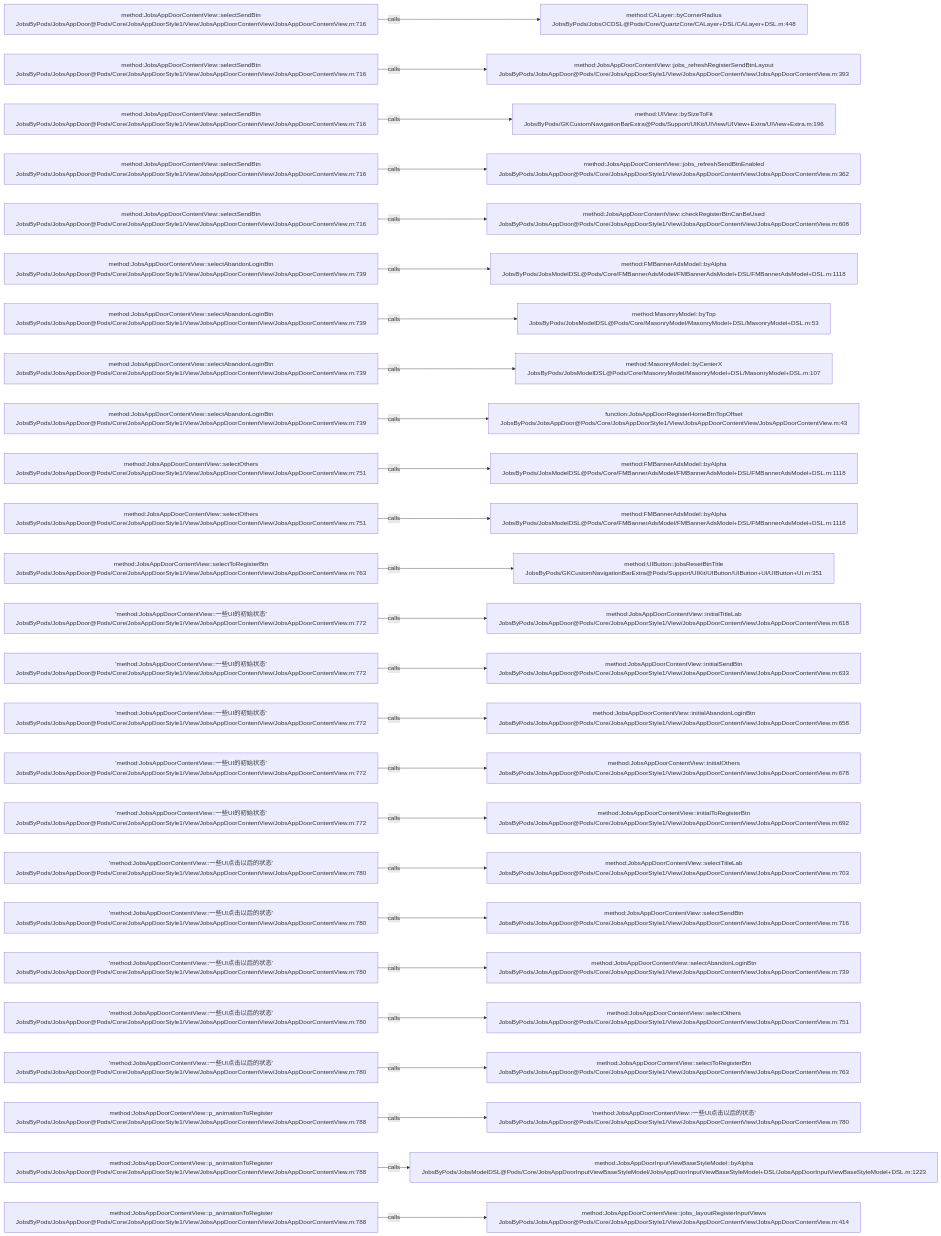
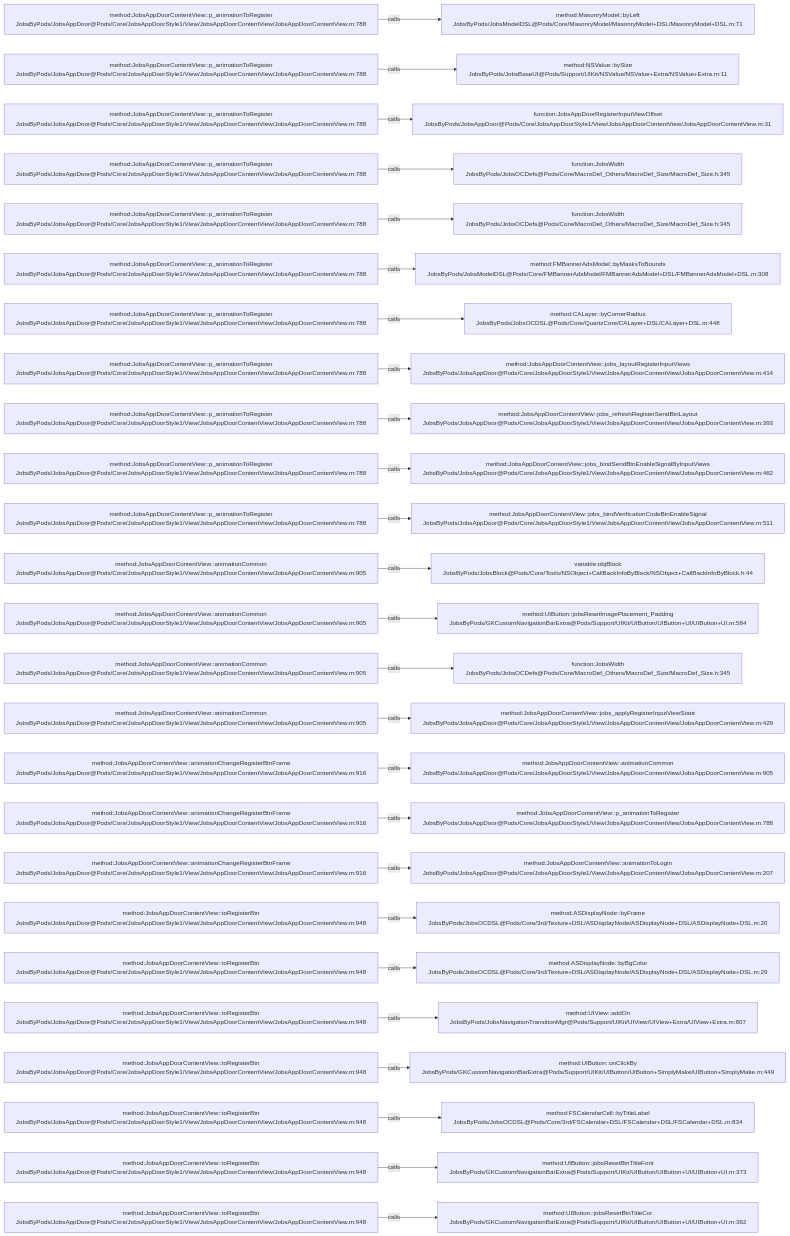
The diagram in .codegraph/codegraph.md/graphs/calls-097.md (JobsKits/JobsOCBaseConfigDemo), drawn with Mermaid before and after one commit. The commit also changed 223 other files, not shown here.

````diff
--- a/.codegraph/codegraph.md/graphs/calls-097.md
+++ b/.codegraph/codegraph.md/graphs/calls-097.md
@@ -13,78 +13,78 @@
 ```mermaid
 flowchart LR
-  S1["method:JobsAppDoorContentView::selectSendBtn<br/>JobsByPods/JobsAppDoor@Pods/Core/JobsAppDoorStyle1/View/JobsAppDoorContentView/JobsAppDoorContentView.m:716"]
-  T1["method:CALayer::byCornerRadius<br/>JobsByPods/JobsOCDSL@Pods/Core/QuartzCore/CALayer+DSL/CALayer+DSL.m:448"]
+  S1["method:JobsAppDoorContentView::p_animationToRegister<br/>JobsByPods/JobsAppDoor@Pods/Core/JobsAppDoorStyle1/View/JobsAppDoorContentView/JobsAppDoorContentView.m:788"]
+  T1["method:MasonryModel::byLeft<br/>JobsByPods/JobsModelDSL@Pods/Core/MasonryModel/MasonryModel+DSL/MasonryModel+DSL.m:71"]
   S1 -->|calls| T1
-  S2["method:JobsAppDoorContentView::selectSendBtn<br/>JobsByPods/JobsAppDoor@Pods/Core/JobsAppDoorStyle1/View/JobsAppDoorContentView/JobsAppDoorContentView.m:716"]
-  T2["method:JobsAppDoorContentView::jobs_refreshRegisterSendBtnLayout<br/>JobsByPods/JobsAppDoor@Pods/Core/JobsAppDoorStyle1/View/JobsAppDoorContentView/JobsAppDoorContentView.m:393"]
+  S2["method:JobsAppDoorContentView::p_animationToRegister<br/>JobsByPods/JobsAppDoor@Pods/Core/JobsAppDoorStyle1/View/JobsAppDoorContentView/JobsAppDoorContentView.m:788"]
+  T2["method:NSValue::bySize<br/>JobsByPods/JobsBaseUI@Pods/Support/UIKit/NSValue/NSValue+Extra/NSValue+Extra.m:11"]
   S2 -->|calls| T2
-  S3["method:JobsAppDoorContentView::selectSendBtn<br/>JobsByPods/JobsAppDoor@Pods/Core/JobsAppDoorStyle1/View/JobsAppDoorContentView/JobsAppDoorContentView.m:716"]
-  T3["method:UIView::bySizeToFit<br/>JobsByPods/GKCustomNavigationBarExtra@Pods/Support/UIKit/UIView/UIView+Extra/UIView+Extra.m:196"]
+  S3["method:JobsAppDoorContentView::p_animationToRegister<br/>JobsByPods/JobsAppDoor@Pods/Core/JobsAppDoorStyle1/View/JobsAppDoorContentView/JobsAppDoorContentView.m:788"]
+  T3["function:JobsAppDoorRegisterInputViewOffset<br/>JobsByPods/JobsAppDoor@Pods/Core/JobsAppDoorStyle1/View/JobsAppDoorContentView/JobsAppDoorContentView.m:31"]
   S3 -->|calls| T3
-  S4["method:JobsAppDoorContentView::selectSendBtn<br/>JobsByPods/JobsAppDoor@Pods/Core/JobsAppDoorStyle1/View/JobsAppDoorContentView/JobsAppDoorContentView.m:716"]
-  T4["method:JobsAppDoorContentView::jobs_refreshSendBtnEnabled<br/>JobsByPods/JobsAppDoor@Pods/Core/JobsAppDoorStyle1/View/JobsAppDoorContentView/JobsAppDoorContentView.m:362"]
+  S4["method:JobsAppDoorContentView::p_animationToRegister<br/>JobsByPods/JobsAppDoor@Pods/Core/JobsAppDoorStyle1/View/JobsAppDoorContentView/JobsAppDoorContentView.m:788"]
+  T4["function:JobsWidth<br/>JobsByPods/JobsOCDefs@Pods/Core/MacroDef_Others/MacroDef_Size/MacroDef_Size.h:345"]
   S4 -->|calls| T4
-  S5["method:JobsAppDoorContentView::selectSendBtn<br/>JobsByPods/JobsAppDoor@Pods/Core/JobsAppDoorStyle1/View/JobsAppDoorContentView/JobsAppDoorContentView.m:716"]
-  T5["method:JobsAppDoorContentView::checkRegisterBtnCanBeUsed<br/>JobsByPods/JobsAppDoor@Pods/Core/JobsAppDoorStyle1/View/JobsAppDoorContentView/JobsAppDoorContentView.m:608"]
+  S5["method:JobsAppDoorContentView::p_animationToRegister<br/>JobsByPods/JobsAppDoor@Pods/Core/JobsAppDoorStyle1/View/JobsAppDoorContentView/JobsAppDoorContentView.m:788"]
+  T5["function:JobsWidth<br/>JobsByPods/JobsOCDefs@Pods/Core/MacroDef_Others/MacroDef_Size/MacroDef_Size.h:345"]
   S5 -->|calls| T5
-  S6["method:JobsAppDoorContentView::selectAbandonLoginBtn<br/>JobsByPods/JobsAppDoor@Pods/Core/JobsAppDoorStyle1/View/JobsAppDoorContentView/JobsAppDoorContentView.m:739"]
-  T6["method:FMBannerAdsModel::byAlpha<br/>JobsByPods/JobsModelDSL@Pods/Core/FMBannerAdsModel/FMBannerAdsModel+DSL/FMBannerAdsModel+DSL.m:1118"]
+  S6["method:JobsAppDoorContentView::p_animationToRegister<br/>JobsByPods/JobsAppDoor@Pods/Core/JobsAppDoorStyle1/View/JobsAppDoorContentView/JobsAppDoorContentView.m:788"]
+  T6["method:FMBannerAdsModel::byMasksToBounds<br/>JobsByPods/JobsModelDSL@Pods/Core/FMBannerAdsModel/FMBannerAdsModel+DSL/FMBannerAdsModel+DSL.m:308"]
   S6 -->|calls| T6
-  S7["method:JobsAppDoorContentView::selectAbandonLoginBtn<br/>JobsByPods/JobsAppDoor@Pods/Core/JobsAppDoorStyle1/View/JobsAppDoorContentView/JobsAppDoorContentView.m:739"]
-  T7["method:MasonryModel::byTop<br/>JobsByPods/JobsModelDSL@Pods/Core/MasonryModel/MasonryModel+DSL/MasonryModel+DSL.m:53"]
+  S7["method:JobsAppDoorContentView::p_animationToRegister<br/>JobsByPods/JobsAppDoor@Pods/Core/JobsAppDoorStyle1/View/JobsAppDoorContentView/JobsAppDoorContentView.m:788"]
+  T7["method:CALayer::byCornerRadius<br/>JobsByPods/JobsOCDSL@Pods/Core/QuartzCore/CALayer+DSL/CALayer+DSL.m:448"]
   S7 -->|calls| T7
-  S8["method:JobsAppDoorContentView::selectAbandonLoginBtn<br/>JobsByPods/JobsAppDoor@Pods/Core/JobsAppDoorStyle1/View/JobsAppDoorContentView/JobsAppDoorContentView.m:739"]
-  T8["method:MasonryModel::byCenterX<br/>JobsByPods/JobsModelDSL@Pods/Core/MasonryModel/MasonryModel+DSL/MasonryModel+DSL.m:107"]
+  S8["method:JobsAppDoorContentView::p_animationToRegister<br/>JobsByPods/JobsAppDoor@Pods/Core/JobsAppDoorStyle1/View/JobsAppDoorContentView/JobsAppDoorContentView.m:788"]
+  T8["method:JobsAppDoorContentView::jobs_layoutRegisterInputViews<br/>JobsByPods/JobsAppDoor@Pods/Core/JobsAppDoorStyle1/View/JobsAppDoorContentView/JobsAppDoorContentView.m:414"]
   S8 -->|calls| T8
-  S9["method:JobsAppDoorContentView::selectAbandonLoginBtn<br/>JobsByPods/JobsAppDoor@Pods/Core/JobsAppDoorStyle1/View/JobsAppDoorContentView/JobsAppDoorContentView.m:739"]
-  T9["function:JobsAppDoorRegisterHomeBtnTopOffset<br/>JobsByPods/JobsAppDoor@Pods/Core/JobsAppDoorStyle1/View/JobsAppDoorContentView/JobsAppDoorContentView.m:43"]
+  S9["method:JobsAppDoorContentView::p_animationToRegister<br/>JobsByPods/JobsAppDoor@Pods/Core/JobsAppDoorStyle1/View/JobsAppDoorContentView/JobsAppDoorContentView.m:788"]
+  T9["method:JobsAppDoorContentView::jobs_refreshRegisterSendBtnLayout<br/>JobsByPods/JobsAppDoor@Pods/Core/JobsAppDoorStyle1/View/JobsAppDoorContentView/JobsAppDoorContentView.m:393"]
   S9 -->|calls| T9
-  S10["method:JobsAppDoorContentView::selectOthers<br/>JobsByPods/JobsAppDoor@Pods/Core/JobsAppDoorStyle1/View/JobsAppDoorContentView/JobsAppDoorContentView.m:751"]
-  T10["method:FMBannerAdsModel::byAlpha<br/>JobsByPods/JobsModelDSL@Pods/Core/FMBannerAdsModel/FMBannerAdsModel+DSL/FMBannerAdsModel+DSL.m:1118"]
+  S10["method:JobsAppDoorContentView::p_animationToRegister<br/>JobsByPods/JobsAppDoor@Pods/Core/JobsAppDoorStyle1/View/JobsAppDoorContentView/JobsAppDoorContentView.m:788"]
+  T10["method:JobsAppDoorContentView::jobs_bindSendBtnEnableSignalByInputViews<br/>JobsByPods/JobsAppDoor@Pods/Core/JobsAppDoorStyle1/View/JobsAppDoorContentView/JobsAppDoorContentView.m:462"]
   S10 -->|calls| T10
-  S11["method:JobsAppDoorContentView::selectOthers<br/>JobsByPods/JobsAppDoor@Pods/Core/JobsAppDoorStyle1/View/JobsAppDoorContentView/JobsAppDoorContentView.m:751"]
-  T11["method:FMBannerAdsModel::byAlpha<br/>JobsByPods/JobsModelDSL@Pods/Core/FMBannerAdsModel/FMBannerAdsModel+DSL/FMBannerAdsModel+DSL.m:1118"]
+  S11["method:JobsAppDoorContentView::p_animationToRegister<br/>JobsByPods/JobsAppDoor@Pods/Core/JobsAppDoorStyle1/View/JobsAppDoorContentView/JobsAppDoorContentView.m:788"]
+  T11["method:JobsAppDoorContentView::jobs_bindVerificationCodeBtnEnableSignal<br/>JobsByPods/JobsAppDoor@Pods/Core/JobsAppDoorStyle1/View/JobsAppDoorContentView/JobsAppDoorContentView.m:511"]
   S11 -->|calls| T11
-  S12["method:JobsAppDoorContentView::selectToRegisterBtn<br/>JobsByPods/JobsAppDoor@Pods/Core/JobsAppDoorStyle1/View/JobsAppDoorContentView/JobsAppDoorContentView.m:763"]
-  T12["method:UIButton::jobsResetBtnTitle<br/>JobsByPods/GKCustomNavigationBarExtra@Pods/Support/UIKit/UIButton/UIButton+UI/UIButton+UI.m:351"]
+  S12["method:JobsAppDoorContentView::animationCommon<br/>JobsByPods/JobsAppDoor@Pods/Core/JobsAppDoorStyle1/View/JobsAppDoorContentView/JobsAppDoorContentView.m:905"]
+  T12["variable:objBlock<br/>JobsByPods/JobsBlock@Pods/Core/Tools/NSObject+CallBackInfoByBlock/NSObject+CallBackInfoByBlock.h:44"]
   S12 -->|calls| T12
-  S13["'method:JobsAppDoorContentView::一些UI的初始状态'<br/>JobsByPods/JobsAppDoor@Pods/Core/JobsAppDoorStyle1/View/JobsAppDoorContentView/JobsAppDoorContentView.m:772"]
-  T13["method:JobsAppDoorContentView::initialTitleLab<br/>JobsByPods/JobsAppDoor@Pods/Core/JobsAppDoorStyle1/View/JobsAppDoorContentView/JobsAppDoorContentView.m:618"]
+  S13["method:JobsAppDoorContentView::animationCommon<br/>JobsByPods/JobsAppDoor@Pods/Core/JobsAppDoorStyle1/View/JobsAppDoorContentView/JobsAppDoorContentView.m:905"]
+  T13["method:UIButton::jobsResetImagePlacement_Padding<br/>JobsByPods/GKCustomNavigationBarExtra@Pods/Support/UIKit/UIButton/UIButton+UI/UIButton+UI.m:584"]
   S13 -->|calls| T13
-  S14["'method:JobsAppDoorContentView::一些UI的初始状态'<br/>JobsByPods/JobsAppDoor@Pods/Core/JobsAppDoorStyle1/View/JobsAppDoorContentView/JobsAppDoorContentView.m:772"]
-  T14["method:JobsAppDoorContentView::initialSendBtn<br/>JobsByPods/JobsAppDoor@Pods/Core/JobsAppDoorStyle1/View/JobsAppDoorContentView/JobsAppDoorContentView.m:633"]
+  S14["method:JobsAppDoorContentView::animationCommon<br/>JobsByPods/JobsAppDoor@Pods/Core/JobsAppDoorStyle1/View/JobsAppDoorContentView/JobsAppDoorContentView.m:905"]
+  T14["function:JobsWidth<br/>JobsByPods/JobsOCDefs@Pods/Core/MacroDef_Others/MacroDef_Size/MacroDef_Size.h:345"]
   S14 -->|calls| T14
-  S15["'method:JobsAppDoorContentView::一些UI的初始状态'<br/>JobsByPods/JobsAppDoor@Pods/Core/JobsAppDoorStyle1/View/JobsAppDoorContentView/JobsAppDoorContentView.m:772"]
-  T15["method:JobsAppDoorContentView::initialAbandonLoginBtn<br/>JobsByPods/JobsAppDoor@Pods/Core/JobsAppDoorStyle1/View/JobsAppDoorContentView/JobsAppDoorContentView.m:658"]
+  S15["method:JobsAppDoorContentView::animationCommon<br/>JobsByPods/JobsAppDoor@Pods/Core/JobsAppDoorStyle1/View/JobsAppDoorContentView/JobsAppDoorContentView.m:905"]
+  T15["method:JobsAppDoorContentView::jobs_applyRegisterInputViewState<br/>JobsByPods/JobsAppDoor@Pods/Core/JobsAppDoorStyle1/View/JobsAppDoorContentView/JobsAppDoorContentView.m:429"]
   S15 -->|calls| T15
-  S16["'method:JobsAppDoorContentView::一些UI的初始状态'<br/>JobsByPods/JobsAppDoor@Pods/Core/JobsAppDoorStyle1/View/JobsAppDoorContentView/JobsAppDoorContentView.m:772"]
-  T16["method:JobsAppDoorContentView::initialOthers<br/>JobsByPods/JobsAppDoor@Pods/Core/JobsAppDoorStyle1/View/JobsAppDoorContentView/JobsAppDoorContentView.m:678"]
+  S16["method:JobsAppDoorContentView::animationChangeRegisterBtnFrame<br/>JobsByPods/JobsAppDoor@Pods/Core/JobsAppDoorStyle1/View/JobsAppDoorContentView/JobsAppDoorContentView.m:916"]
+  T16["method:JobsAppDoorContentView::animationCommon<br/>JobsByPods/JobsAppDoor@Pods/Core/JobsAppDoorStyle1/View/JobsAppDoorContentView/JobsAppDoorContentView.m:905"]
   S16 -->|calls| T16
-  S17["'method:JobsAppDoorContentView::一些UI的初始状态'<br/>JobsByPods/JobsAppDoor@Pods/Core/JobsAppDoorStyle1/View/JobsAppDoorContentView/JobsAppDoorContentView.m:772"]
-  T17["method:JobsAppDoorContentView::initialToRegisterBtn<br/>JobsByPods/JobsAppDoor@Pods/Core/JobsAppDoorStyle1/View/JobsAppDoorContentView/JobsAppDoorContentView.m:692"]
+  S17["method:JobsAppDoorContentView::animationChangeRegisterBtnFrame<br/>JobsByPods/JobsAppDoor@Pods/Core/JobsAppDoorStyle1/View/JobsAppDoorContentView/JobsAppDoorContentView.m:916"]
+  T17["method:JobsAppDoorContentView::p_animationToRegister<br/>JobsByPods/JobsAppDoor@Pods/Core/JobsAppDoorStyle1/View/JobsAppDoorContentView/JobsAppDoorContentView.m:788"]
   S17 -->|calls| T17
-  S18["'method:JobsAppDoorContentView::一些UI点击以后的状态'<br/>JobsByPods/JobsAppDoor@Pods/Core/JobsAppDoorStyle1/View/JobsAppDoorContentView/JobsAppDoorContentView.m:780"]
-  T18["method:JobsAppDoorContentView::selectTitleLab<br/>JobsByPods/JobsAppDoor@Pods/Core/JobsAppDoorStyle1/View/JobsAppDoorContentView/JobsAppDoorContentView.m:703"]
+  S18["method:JobsAppDoorContentView::animationChangeRegisterBtnFrame<br/>JobsByPods/JobsAppDoor@Pods/Core/JobsAppDoorStyle1/View/JobsAppDoorContentView/JobsAppDoorContentView.m:916"]
+  T18["method:JobsAppDoorContentView::animationToLogin<br/>JobsByPods/JobsAppDoor@Pods/Core/JobsAppDoorStyle1/View/JobsAppDoorContentView/JobsAppDoorContentView.m:207"]
   S18 -->|calls| T18
-  S19["'method:JobsAppDoorContentView::一些UI点击以后的状态'<br/>JobsByPods/JobsAppDoor@Pods/Core/JobsAppDoorStyle1/View/JobsAppDoorContentView/JobsAppDoorContentView.m:780"]
-  T19["method:JobsAppDoorContentView::selectSendBtn<br/>JobsByPods/JobsAppDoor@Pods/Core/JobsAppDoorStyle1/View/JobsAppDoorContentView/JobsAppDoorContentView.m:716"]
+  S19["method:JobsAppDoorContentView::toRegisterBtn<br/>JobsByPods/JobsAppDoor@Pods/Core/JobsAppDoorStyle1/View/JobsAppDoorContentView/JobsAppDoorContentView.m:948"]
+  T19["method:ASDisplayNode::byFrame<br/>JobsByPods/JobsOCDSL@Pods/Core/3rd/Texture+DSL/ASDisplayNode/ASDisplayNode+DSL/ASDisplayNode+DSL.m:20"]
   S19 -->|calls| T19
-  S20["'method:JobsAppDoorContentView::一些UI点击以后的状态'<br/>JobsByPods/JobsAppDoor@Pods/Core/JobsAppDoorStyle1/View/JobsAppDoorContentView/JobsAppDoorContentView.m:780"]
-  T20["method:JobsAppDoorContentView::selectAbandonLoginBtn<br/>JobsByPods/JobsAppDoor@Pods/Core/JobsAppDoorStyle1/View/JobsAppDoorContentView/JobsAppDoorContentView.m:739"]
+  S20["method:JobsAppDoorContentView::toRegisterBtn<br/>JobsByPods/JobsAppDoor@Pods/Core/JobsAppDoorStyle1/View/JobsAppDoorContentView/JobsAppDoorContentView.m:948"]
+  T20["method:ASDisplayNode::byBgColor<br/>JobsByPods/JobsOCDSL@Pods/Core/3rd/Texture+DSL/ASDisplayNode/ASDisplayNode+DSL/ASDisplayNode+DSL.m:29"]
   S20 -->|calls| T20
-  S21["'method:JobsAppDoorContentView::一些UI点击以后的状态'<br/>JobsByPods/JobsAppDoor@Pods/Core/JobsAppDoorStyle1/View/JobsAppDoorContentView/JobsAppDoorContentView.m:780"]
-  T21["method:JobsAppDoorContentView::selectOthers<br/>JobsByPods/JobsAppDoor@Pods/Core/JobsAppDoorStyle1/View/JobsAppDoorContentView/JobsAppDoorContentView.m:751"]
+  S21["method:JobsAppDoorContentView::toRegisterBtn<br/>JobsByPods/JobsAppDoor@Pods/Core/JobsAppDoorStyle1/View/JobsAppDoorContentView/JobsAppDoorContentView.m:948"]
+  T21["method:UIView::addOn<br/>JobsByPods/JobsNavigationTransitionMgr@Pods/Support/UIKit/UIView/UIView+Extra/UIView+Extra.m:807"]
   S21 -->|calls| T21
-  S22["'method:JobsAppDoorContentView::一些UI点击以后的状态'<br/>JobsByPods/JobsAppDoor@Pods/Core/JobsAppDoorStyle1/View/JobsAppDoorContentView/JobsAppDoorContentView.m:780"]
-  T22["method:JobsAppDoorContentView::selectToRegisterBtn<br/>JobsByPods/JobsAppDoor@Pods/Core/JobsAppDoorStyle1/View/JobsAppDoorContentView/JobsAppDoorContentView.m:763"]
+  S22["method:JobsAppDoorContentView::toRegisterBtn<br/>JobsByPods/JobsAppDoor@Pods/Core/JobsAppDoorStyle1/View/JobsAppDoorContentView/JobsAppDoorContentView.m:948"]
+  T22["method:UIButton::onClickBy<br/>JobsByPods/GKCustomNavigationBarExtra@Pods/Support/UIKit/UIButton/UIButton+SimplyMake/UIButton+SimplyMake.m:449"]
   S22 -->|calls| T22
-  S23["method:JobsAppDoorContentView::p_animationToRegister<br/>JobsByPods/JobsAppDoor@Pods/Core/JobsAppDoorStyle1/View/JobsAppDoorContentView/JobsAppDoorContentView.m:788"]
-  T23["'method:JobsAppDoorContentView::一些UI点击以后的状态'<br/>JobsByPods/JobsAppDoor@Pods/Core/JobsAppDoorStyle1/View/JobsAppDoorContentView/JobsAppDoorContentView.m:780"]
+  S23["method:JobsAppDoorContentView::toRegisterBtn<br/>JobsByPods/JobsAppDoor@Pods/Core/JobsAppDoorStyle1/View/JobsAppDoorContentView/JobsAppDoorContentView.m:948"]
+  T23["method:FSCalendarCell::byTitleLabel<br/>JobsByPods/JobsOCDSL@Pods/Core/3rd/FSCalendar+DSL/FSCalendar+DSL/FSCalendar+DSL.m:834"]
   S23 -->|calls| T23
-  S24["method:JobsAppDoorContentView::p_animationToRegister<br/>JobsByPods/JobsAppDoor@Pods/Core/JobsAppDoorStyle1/View/JobsAppDoorContentView/JobsAppDoorContentView.m:788"]
-  T24["method:JobsAppDoorInputViewBaseStyleModel::byAlpha<br/>JobsByPods/JobsModelDSL@Pods/Core/JobsAppDoorInputViewBaseStyleModel/JobsAppDoorInputViewBaseStyleModel+DSL/JobsAppDoorInputViewBaseStyleModel+DSL.m:1223"]
+  S24["method:JobsAppDoorContentView::toRegisterBtn<br/>JobsByPods/JobsAppDoor@Pods/Core/JobsAppDoorStyle1/View/JobsAppDoorContentView/JobsAppDoorContentView.m:948"]
+  T24["method:UIButton::jobsResetBtnTitleFont<br/>JobsByPods/GKCustomNavigationBarExtra@Pods/Support/UIKit/UIButton/UIButton+UI/UIButton+UI.m:373"]
   S24 -->|calls| T24
-  S25["method:JobsAppDoorContentView::p_animationToRegister<br/>JobsByPods/JobsAppDoor@Pods/Core/JobsAppDoorStyle1/View/JobsAppDoorContentView/JobsAppDoorContentView.m:788"]
-  T25["method:JobsAppDoorContentView::jobs_layoutRegisterInputViews<br/>JobsByPods/JobsAppDoor@Pods/Core/JobsAppDoorStyle1/View/JobsAppDoorContentView/JobsAppDoorContentView.m:414"]
+  S25["method:JobsAppDoorContentView::toRegisterBtn<br/>JobsByPods/JobsAppDoor@Pods/Core/JobsAppDoorStyle1/View/JobsAppDoorContentView/JobsAppDoorContentView.m:948"]
+  T25["method:UIButton::jobsResetBtnTitleCor<br/>JobsByPods/GKCustomNavigationBarExtra@Pods/Support/UIKit/UIButton/UIButton+UI/UIButton+UI.m:362"]
   S25 -->|calls| T25
 ```
````
